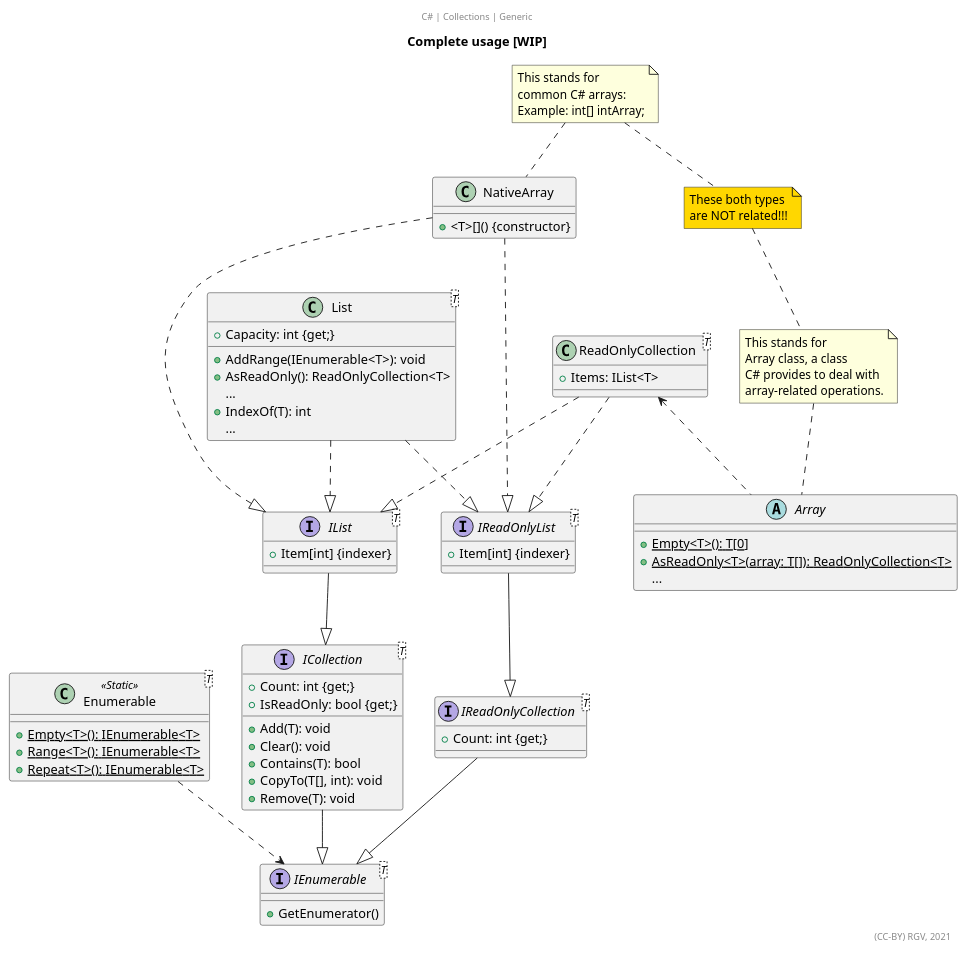
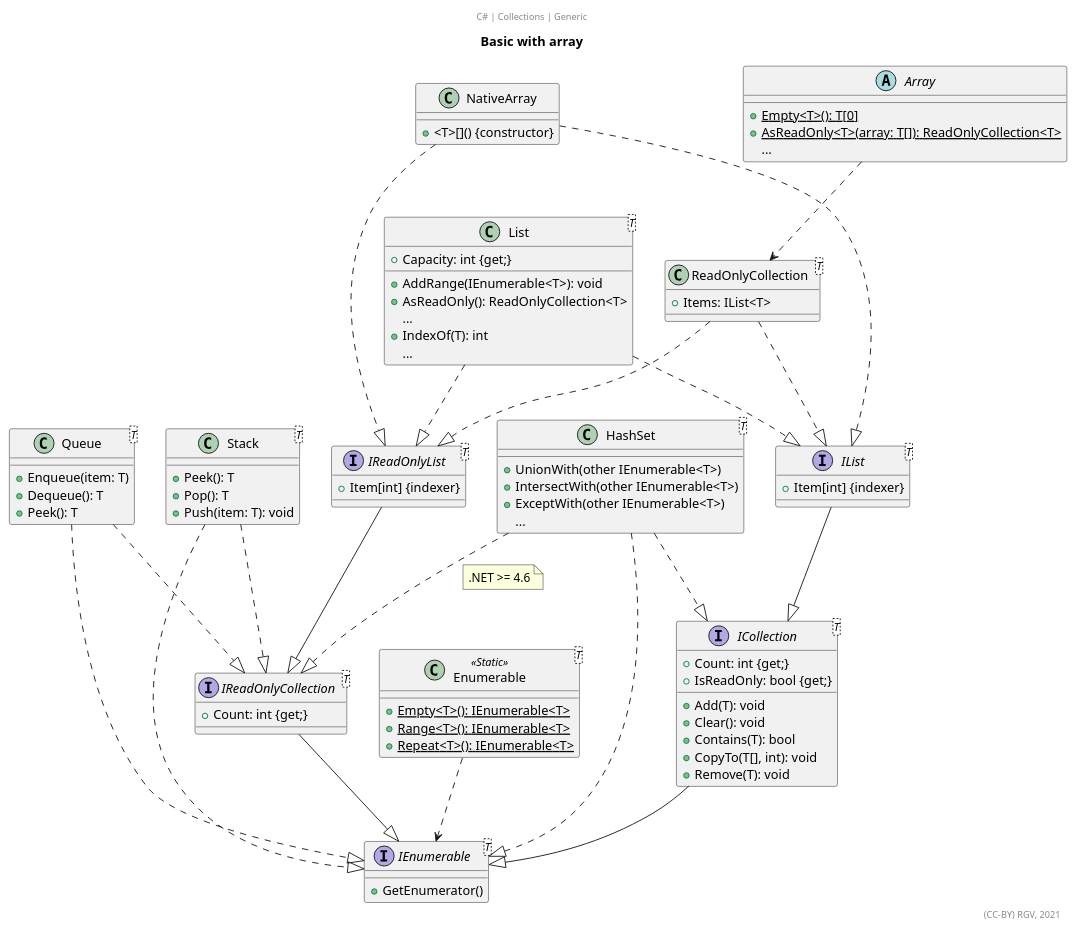
One commit to RicardoGuzmanVelasco/DomainModelling changed the diagram in C#/Collections.puml. Above: the diagram before and after it, drawn with PlantUML. The commit also changed 5 other files, not shown here.

```diff
--- a/C#/Collections.puml
+++ b/C#/Collections.puml
@@ -1,119 +1,160 @@
 @startuml
 'https://plantuml.com/class-diagram
-title Complete usage [WIP]
+title Basic with array
 center header C# | Collections | Generic
 '''''''''''''
+'TODO: DICTIONARIES ALL HIERARCHY
+'TODO: SETS ALL HIERARCHY
+'TODO: NON GENERICS!
 
-class NativeArray{
+class NativeArray
+{
 +<T>[]() {constructor}
 }
 
 class ReadOnlyCollection<T>
 {
     +Items: IList<T>
 }
 
 class List<T>
 {
     +Capacity: int {get;}
     
     +AddRange(IEnumerable<T>): void
     +AsReadOnly(): ReadOnlyCollection<T>
     {method}...
     +IndexOf(T): int
     {method}...
 }
 
 abstract class Array
 {
     +{static}Empty<T>(): T[0]
     +{static}AsReadOnly<T>(array: T[]): ReadOnlyCollection<T>
     {method}...  
 }
 
-class  Enumerable<T> <<Static>>
+class Stack<T>
+{
+    +Peek(): T
+    +Pop(): T
+    +Push(item: T): void
+}
+
+class Queue<T>
+{
+    +Enqueue(item: T)
+    +Dequeue(): T
+    +Peek(): T
+}
+
+class HashSet<T>
+{
+    +UnionWith(other IEnumerable<T>)
+    +IntersectWith(other IEnumerable<T>)
+    +ExceptWith(other IEnumerable<T>)
+    {method}...
+}
+
+class  Enumerable<T> <<Static>> 
 {
     +{static}Empty<T>(): IEnumerable<T>
     +{static}Range<T>(): IEnumerable<T>
     +{static}Repeat<T>(): IEnumerable<T>
 }
 
 interface IList<T>
 {
     +Item[int] {indexer}
 }
 
 interface IReadOnlyList<T>
 {
     +Item[int] {indexer}
 }
 
 interface IReadOnlyCollection<T>
 {
     +Count: int {get;}
 }
 
 interface ICollection<T>
 {
     +Count: int {get;}
     +IsReadOnly: bool {get;}
     
     +Add(T): void 
     +Clear(): void 
     +Contains(T): bool 
     +CopyTo(T[], int): void
     +Remove(T): void 
 }
 
 interface IEnumerable<T>
 {
     +GetEnumerator()
 }
 
 '''''''''''''
 
 ReadOnlyCollection ..|> IList
 ReadOnlyCollection ..|> IReadOnlyList
 
 List..|>IList
 List..|>IReadOnlyList
 
+remove NativeN
 note as NativeN
 This stands for
 common C# arrays:
-Example: int[] intArray;
+Example: int[] intArray;*
 end note
 NativeN .. NativeArray
 
+remove ArrayN
 note as ArrayN
 This stands for
 Array class, a class
 C# provides to deal with
 array-related operations.
 end note
 ArrayN .. Array
 
+remove ArraysN
 Note as ArraysN #gold
 These both types
 are NOT related!!!
+(hierarchically)
 end note
 ArraysN .. ArrayN
 ArraysN .u. NativeN
 
 NativeArray ...|> IReadOnlyList
 NativeArray ...|> IList
 
-ReadOnlyCollection <.. Array
+ReadOnlyCollection <.u. Array
 
 IReadOnlyList--|>IReadOnlyCollection
 
 IList --|> ICollection
 ICollection --|> IEnumerable
 
 IReadOnlyCollection --|> IEnumerable
 
 Enumerable ..> IEnumerable
 
+Stack ..|> IEnumerable
+Stack ..|> IReadOnlyCollection
+
+Queue ..|> IEnumerable
+Queue ..|> IReadOnlyCollection
+
+HashSet ..|> ICollection
+HashSet ..|> IEnumerable
+HashSet ..|> IReadOnlyCollection
+note on link : .NET >= 4.6
+
 '''''''''''''
 right footer (CC-BY) RGV, 2021
 @enduml
```
